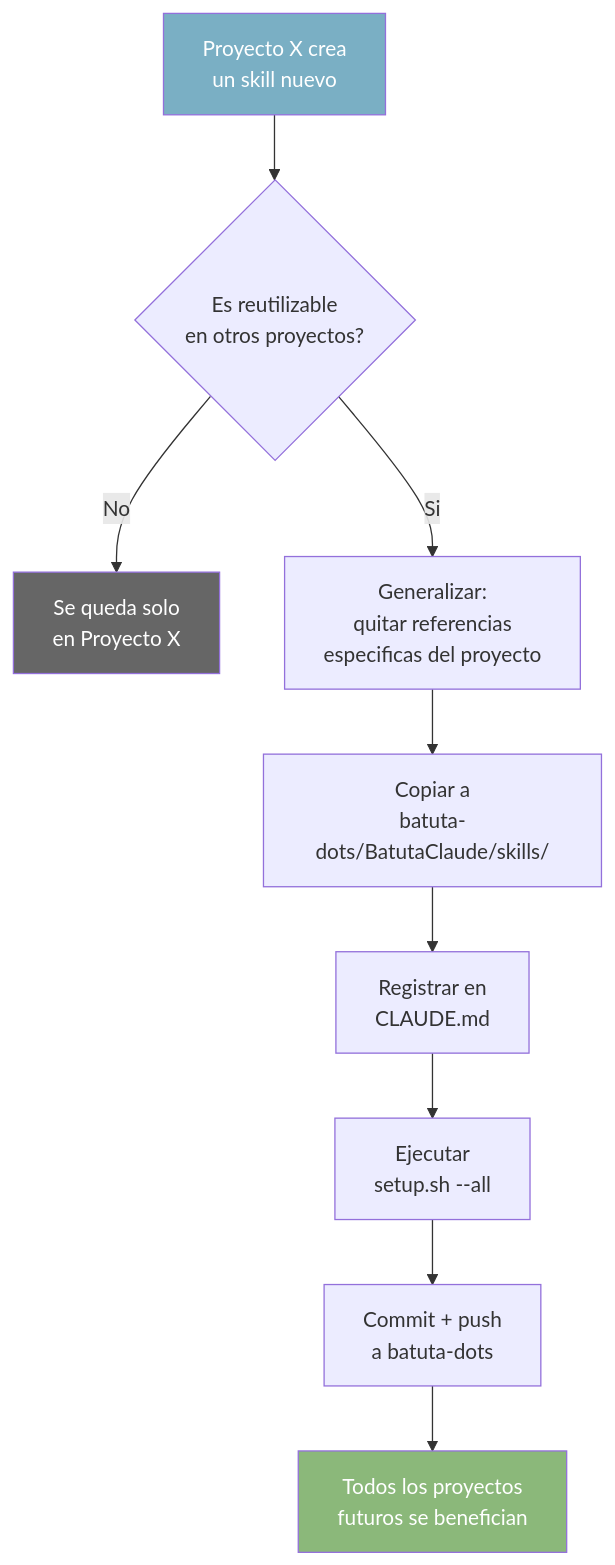
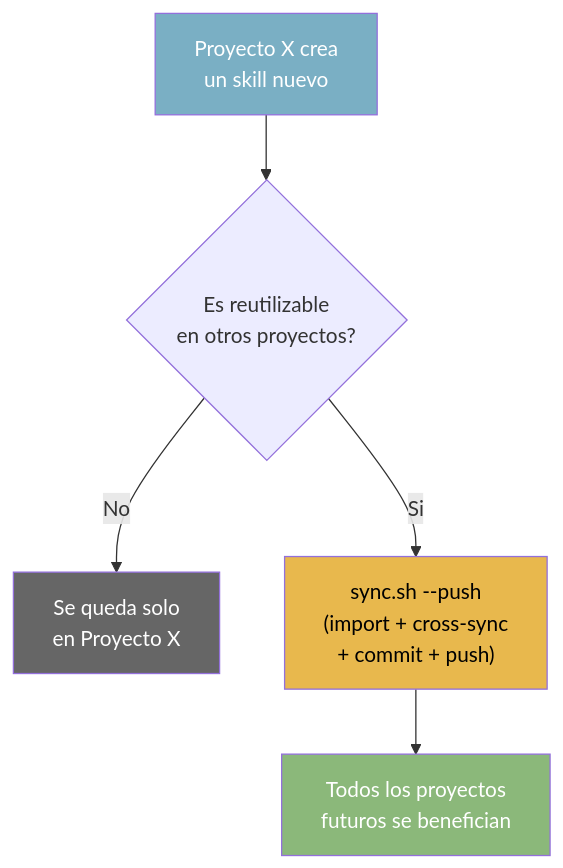
One commit to jota-batuta/batuta-dots changed the tenth of 23 diagrams in docs/architecture/arquitectura-diagrama.md. Above: the diagram before and after it, drawn with Mermaid. The commit also changed other lines of this file and 7 other files, not shown here.

First line of the commit message:
docs: update guides and architecture for PR #8 changes

````diff
--- a/docs/architecture/arquitectura-diagrama.md
+++ b/docs/architecture/arquitectura-diagrama.md
@@ -353,21 +353,17 @@
 ```mermaid
 flowchart TD
     PROJECT["Proyecto X crea<br/>un skill nuevo"]
     Q1{"Es reutilizable<br/>en otros proyectos?"}
     STAYS["Se queda solo<br/>en Proyecto X"]
-    GENERALIZE["Generalizar:<br/>quitar referencias<br/>especificas del proyecto"]
-    COPY["Copiar a<br/>batuta-dots/BatutaClaude/skills/"]
-    REGISTER["Registrar en<br/>CLAUDE.md"]
-    SYNC["Ejecutar<br/>setup.sh --all"]
-    PUSH["Commit + push<br/>a batuta-dots"]
+    PUSH_CMD["sync.sh --push<br/>(import + cross-sync<br/>+ commit + push)"]
     BENEFIT["Todos los proyectos<br/>futuros se benefician"]
 
     PROJECT --> Q1
     Q1 -->|"No"| STAYS
-    Q1 -->|"Si"| GENERALIZE
-    GENERALIZE --> COPY --> REGISTER --> SYNC --> PUSH --> BENEFIT
+    Q1 -->|"Si"| PUSH_CMD --> BENEFIT
 
     style PROJECT fill:#7AAFC4,color:#fff
     style BENEFIT fill:#8BB87A,color:#fff
     style STAYS fill:#666,color:#fff
+    style PUSH_CMD fill:#E8B84D,color:#000
 ```
````
